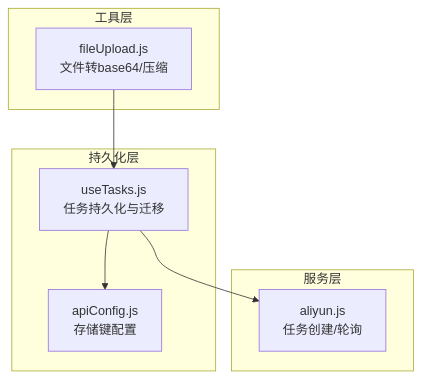
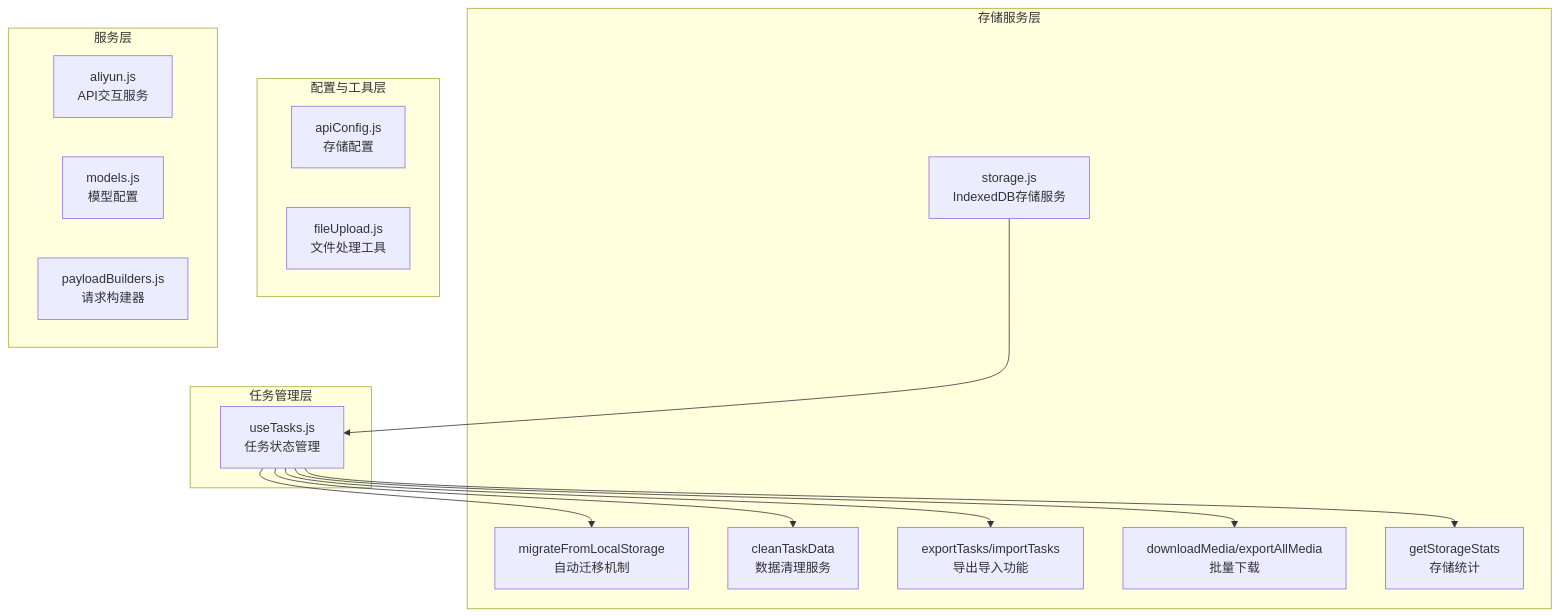
The first of 4 diagrams in .qoder/repowiki/zh/content/架构设计/数据流设计/数据持久化.md (alex0001yyy/wan-app), drawn with Mermaid before and after one commit. The commit also changed other lines of this file and 35 other files, not shown here.

````diff
--- a/.qoder/repowiki/zh/content/架构设计/数据流设计/数据持久化.md
+++ b/.qoder/repowiki/zh/content/架构设计/数据流设计/数据持久化.md
@@ -36,16 +55,29 @@
 ```mermaid
 graph TB
-subgraph "持久化层"
-UT["useTasks.js<br/>任务持久化与迁移"]
-AC["apiConfig.js<br/>存储键配置"]
+subgraph "存储服务层"
+ST["storage.js<br/>IndexedDB存储服务"]
+MT["migrateFromLocalStorage<br/>自动迁移机制"]
+CL["cleanTaskData<br/>数据清理服务"]
+ES["exportTasks/importTasks<br/>导出导入功能"]
+DM["downloadMedia/exportAllMedia<br/>批量下载"]
+SS["getStorageStats<br/>存储统计"]
 end
-subgraph "工具层"
-FU["fileUpload.js<br/>文件转base64/压缩"]
+subgraph "任务管理层"
+UT["useTasks.js<br/>任务状态管理"]
+end
+subgraph "配置与工具层"
+AC["apiConfig.js<br/>存储配置"]
+FU["fileUpload.js<br/>文件处理工具"]
 end
 subgraph "服务层"
-AL["aliyun.js<br/>任务创建/轮询"]
+AL["aliyun.js<br/>API交互服务"]
+MD["models.js<br/>模型配置"]
+PB["payloadBuilders.js<br/>请求构建器"]
 end
-UT --> AC
-UT --> AL
-FU --> UT
+ST --> UT
+UT --> MT
+UT --> CL
+UT --> ES
+UT --> DM
+UT --> SS
 ```
````
